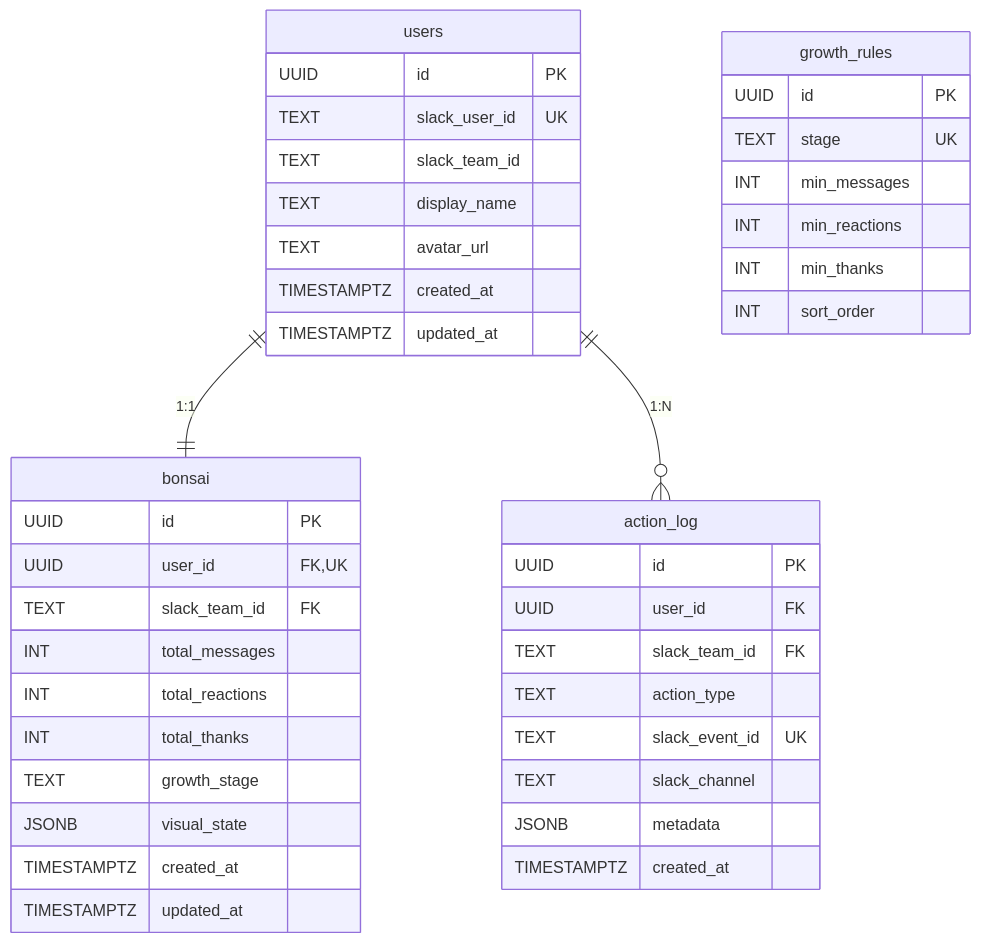
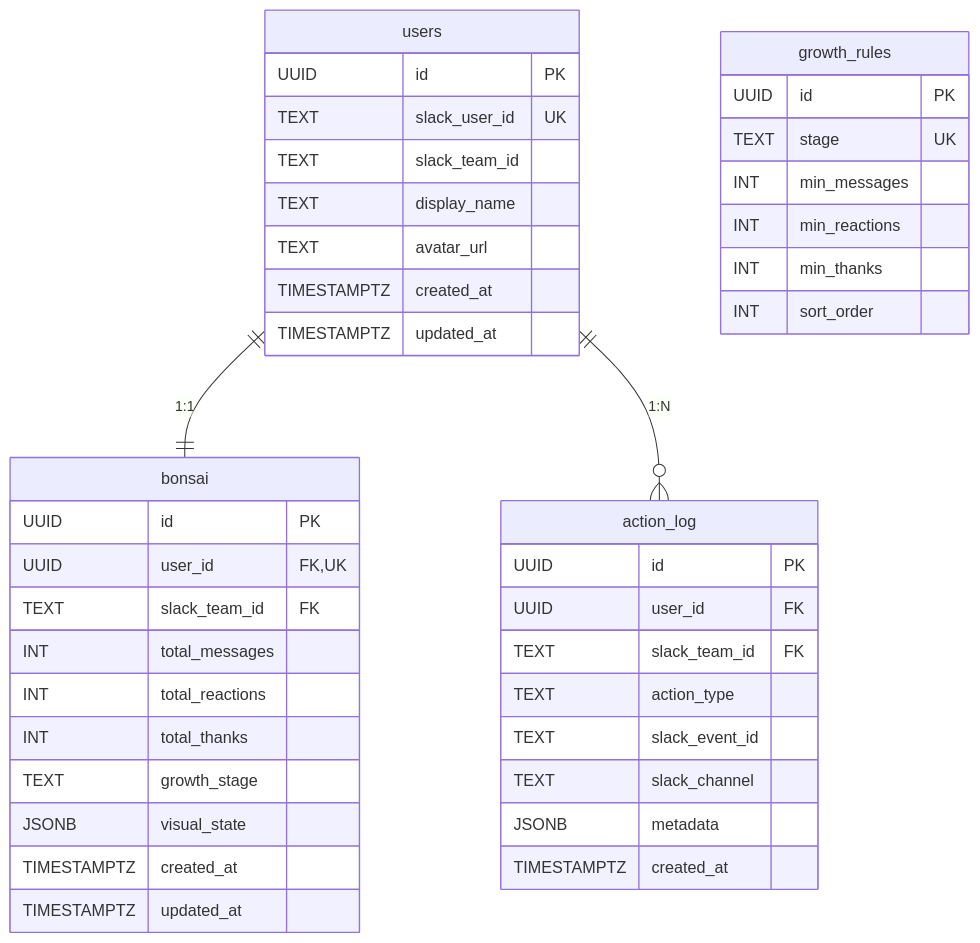
One commit to katsudon08/tamamori changed the diagram in docs/data-model.md. Above: the diagram before and after it, drawn with Mermaid. The commit also changed other lines of this file and 7 other files, not shown here.

````diff
--- a/docs/data-model.md
+++ b/docs/data-model.md
@@ -5,48 +5,48 @@
 ```mermaid
 erDiagram
     users ||--|| bonsai : "1:1"
     users ||--o{ action_log : "1:N"
 
     users {
         UUID id PK
         TEXT slack_user_id UK
         TEXT slack_team_id
         TEXT display_name
         TEXT avatar_url
         TIMESTAMPTZ created_at
         TIMESTAMPTZ updated_at
     }
 
     bonsai {
         UUID id PK
         UUID user_id FK,UK
         TEXT slack_team_id FK
         INT total_messages
         INT total_reactions
         INT total_thanks
         TEXT growth_stage
         JSONB visual_state
         TIMESTAMPTZ created_at
         TIMESTAMPTZ updated_at
     }
 
     action_log {
         UUID id PK
         UUID user_id FK
         TEXT slack_team_id FK
         TEXT action_type
-        TEXT slack_event_id UK
+        TEXT slack_event_id
         TEXT slack_channel
         JSONB metadata
         TIMESTAMPTZ created_at
     }
 
     growth_rules {
         UUID id PK
         TEXT stage UK
         INT min_messages
         INT min_reactions
         INT min_thanks
         INT sort_order
     }
 ```
````
